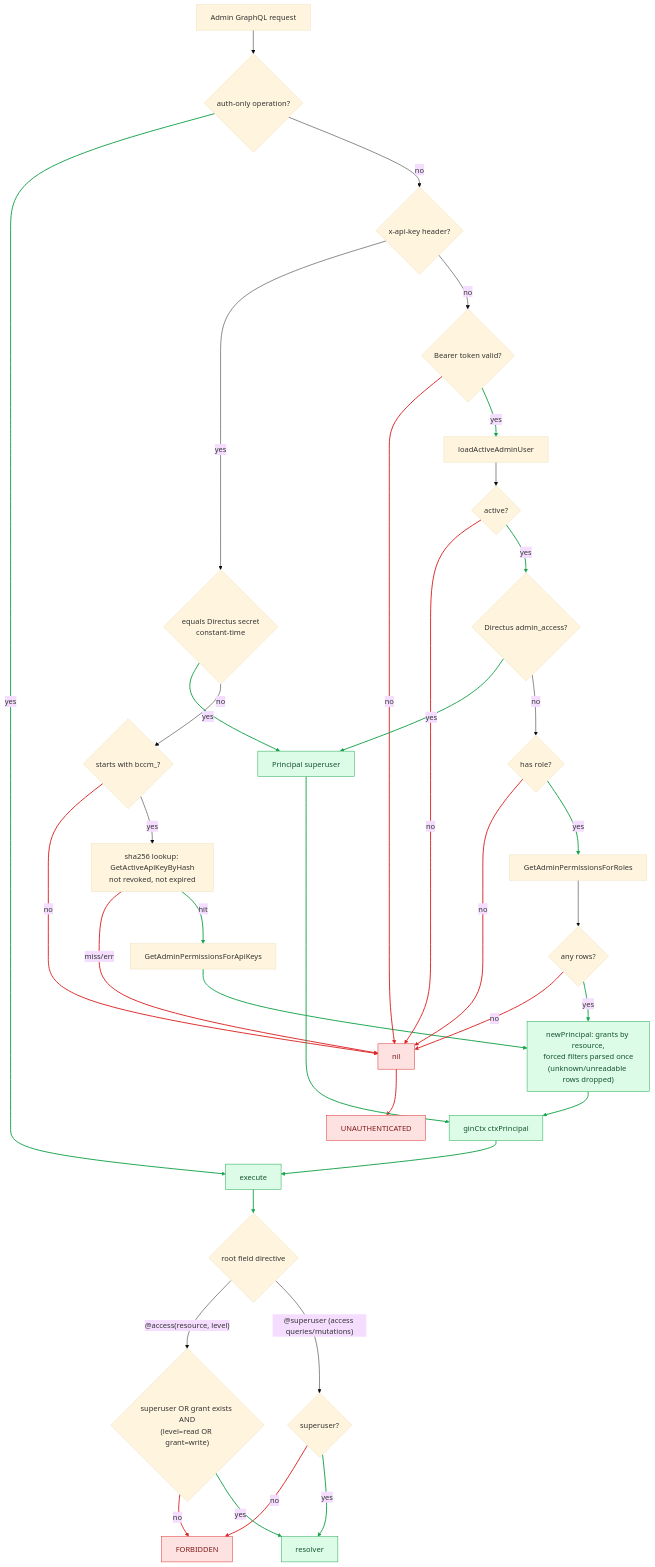
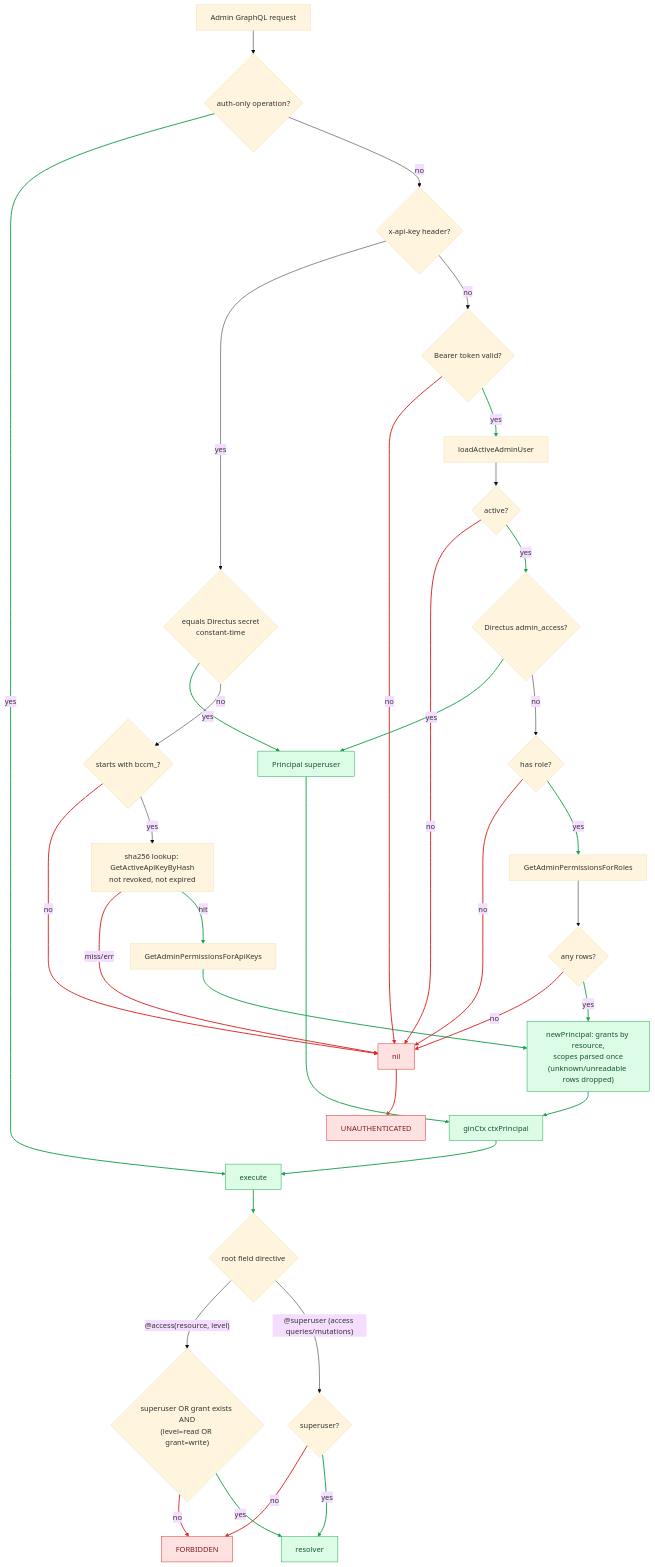
One commit to bcc-code/bcc-media-platform changed the diagram in docs/admin-api-access.md. Above: the diagram before and after it, drawn with Mermaid (base theme). The commit also changed 19 other files, not shown here.

````diff
--- a/docs/admin-api-access.md
+++ b/docs/admin-api-access.md
@@ -5,69 +5,69 @@
 ```mermaid
 flowchart TD
   REQ[Admin GraphQL request]
   AO{auth-only operation?}
   K{x-api-key header?}
   DS{"equals Directus secret<br/>constant-time"}
   SU[Principal superuser]
   PFX{starts with bccm_?}
   X[nil]
   H["sha256 lookup: GetActiveApiKeyByHash<br/>not revoked, not expired"]
   KP[GetAdminPermissionsForApiKeys]
   B{Bearer token valid?}
   U[loadActiveAdminUser]
   ACT{active?}
   ADM{Directus admin_access?}
   RL{has role?}
   RP[GetAdminPermissionsForRoles]
   ANY{any rows?}
-  NP["newPrincipal: grants by resource,<br/>forced filters parsed once<br/>(unknown/unreadable rows dropped)"]
+  NP["newPrincipal: grants by resource,<br/>scopes parsed once<br/>(unknown/unreadable rows dropped)"]
   UN[UNAUTHENTICATED]
   SET[ginCtx ctxPrincipal]
   EXEC[execute]
   D{root field directive}
   AC{"superuser OR grant exists AND<br/>(level=read OR grant=write)"}
   SC{superuser?}
   FB[FORBIDDEN]
   RES[resolver]
   REQ --> AO
   AO -->|"yes"| EXEC
   AO -->|"no"| K
   K -->|"yes"| DS
   DS -->|"yes"| SU
   DS -->|"no"| PFX
   PFX -->|"no"| X
   PFX -->|"yes"| H
   H -->|"miss/err"| X
   H -->|"hit"| KP
   KP --> NP
   K -->|"no"| B
   B -->|"no"| X
   B -->|"yes"| U
   U --> ACT
   ACT -->|"no"| X
   ACT -->|"yes"| ADM
   ADM -->|"yes"| SU
   ADM -->|"no"| RL
   RL -->|"no"| X
   RL -->|"yes"| RP
   RP --> ANY
   ANY -->|"no"| X
   ANY -->|"yes"| NP
   X --> UN
   SU --> SET
   NP --> SET
   SET --> EXEC
   EXEC --> D
   D -->|"@access(resource, level)"| AC
   D -->|"@superuser (access queries/mutations)"| SC
   AC -->|"no"| FB
   SC -->|"no"| FB
   AC -->|"yes"| RES
   SC -->|"yes"| RES
   linkStyle 1,4,9,10,13,16,17,20,23,25,26,27,28,33,34 stroke:#16a34a,stroke-width:2px
   linkStyle 6,8,12,15,19,22,24,31,32 stroke:#dc2626,stroke-width:2px
   classDef ok fill:#dcfce7,stroke:#16a34a,color:#14532d
   classDef fail fill:#fee2e2,stroke:#dc2626,color:#7f1d1d
   class SU,NP,SET,EXEC,RES ok
   class X,UN,FB fail
 ```
````
